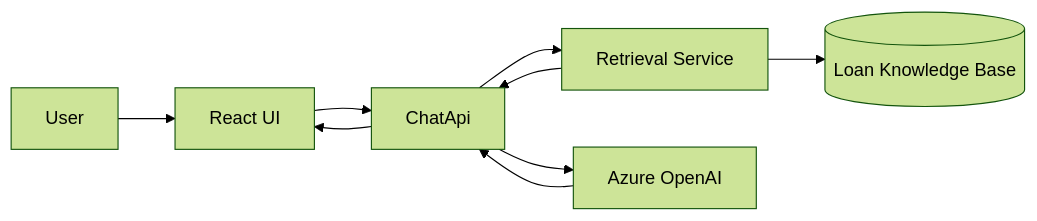
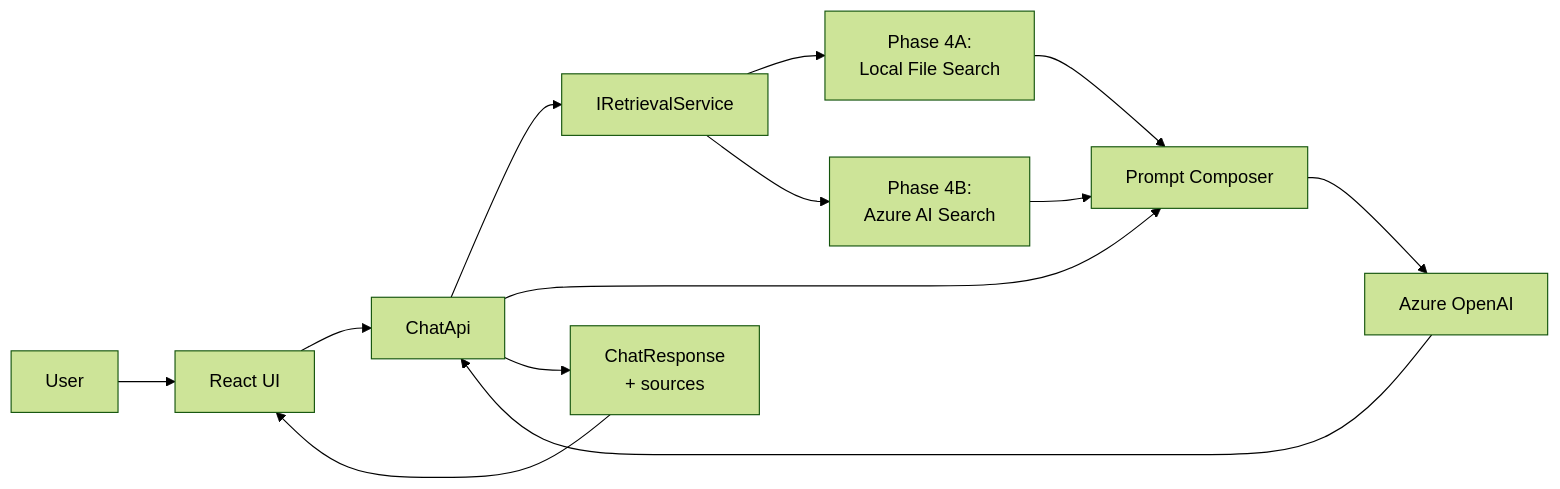
One commit to shivojha/azure-ai-loan-copilot changed the diagram in docs/phase-4-add-retrieval-rag.md. Above: the diagram before and after it, drawn with Mermaid (forest theme). The commit also changed other lines of this file and 4 other files, not shown here.

Commit message:
Added documentation on rag architecture, chunking and embedding model details

````diff
--- a/docs/phase-4-add-retrieval-rag.md
+++ b/docs/phase-4-add-retrieval-rag.md
@@ -9,18 +10,25 @@
 ```mermaid
 flowchart LR
     User[User]
     Browser[React UI]
     ChatApi[ChatApi]
-    Retrieval[Retrieval Service]
-    Knowledge[(Loan Knowledge Base)]
+    Retrieval[IRetrievalService]
+    LocalKB[Phase 4A:\nLocal File Search]
+    AzureSearch[Phase 4B:\nAzure AI Search]
+    PromptComposer[Prompt Composer]
     AzureOpenAI[Azure OpenAI]
+    Response[ChatResponse\n+ sources]
 
     User --> Browser
     Browser --> ChatApi
     ChatApi --> Retrieval
-    Retrieval --> Knowledge
-    Retrieval --> ChatApi
-    ChatApi --> AzureOpenAI
+    Retrieval --> LocalKB
+    Retrieval --> AzureSearch
+    LocalKB --> PromptComposer
+    AzureSearch --> PromptComposer
+    ChatApi --> PromptComposer
+    PromptComposer --> AzureOpenAI
     AzureOpenAI --> ChatApi
-    ChatApi --> Browser
+    ChatApi --> Response
+    Response --> Browser
 ```
````
